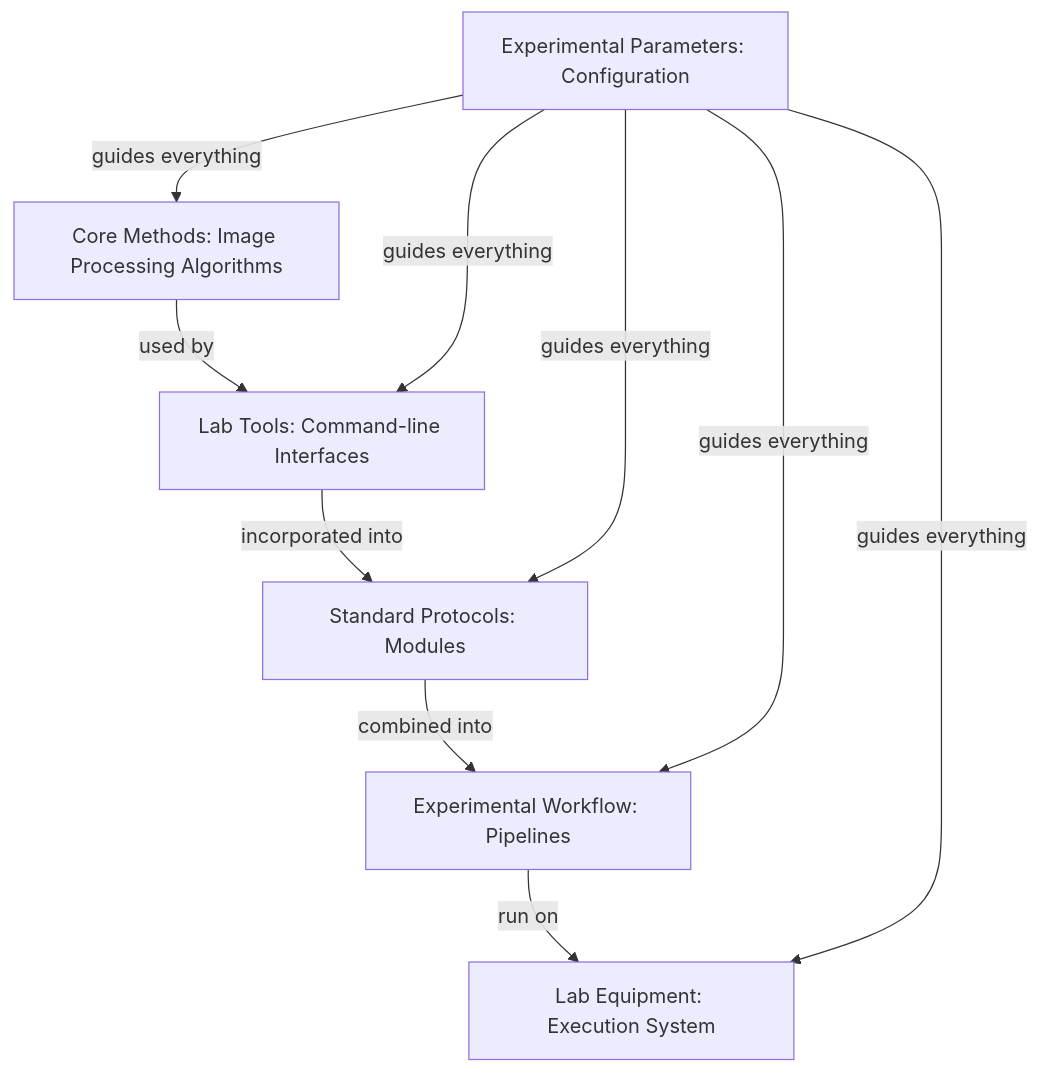
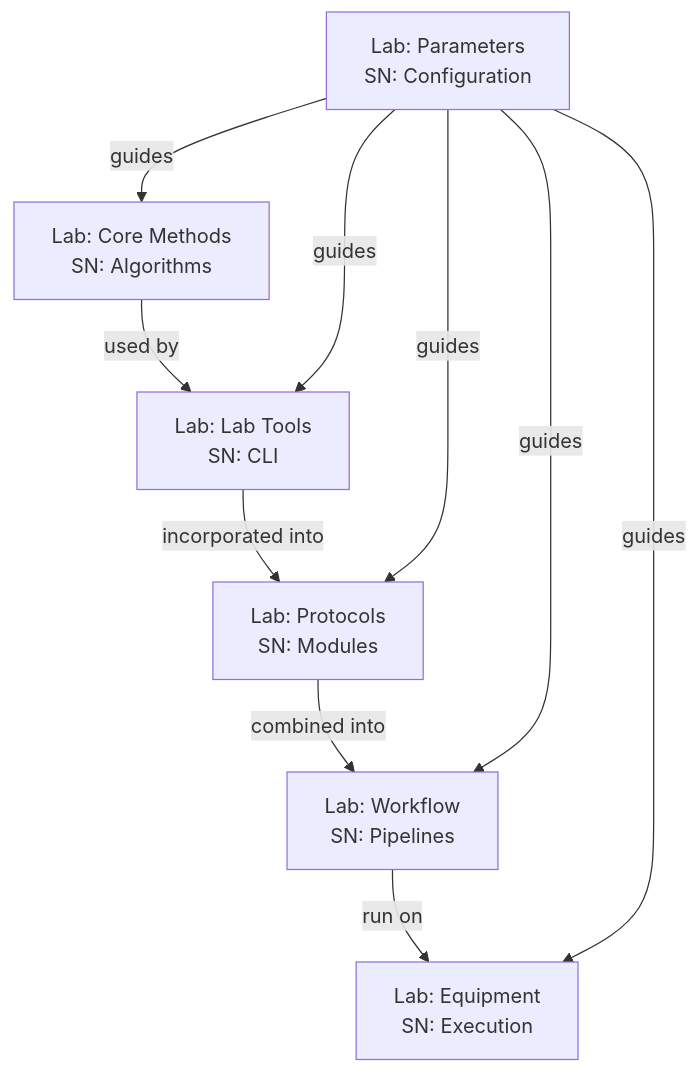
The diagram in docs/architecture/07_architecture_for_biologists.md (broadinstitute/starrynight), drawn with Mermaid before and after one commit. The commit also changed other lines of this file and 1 other file, not shown here.

First line of the commit message:
docs: improve architecture for biologists documentation per #114

````diff
--- a/docs/architecture/07_architecture_for_biologists.md
+++ b/docs/architecture/07_architecture_for_biologists.md
@@ -40,12 +40,12 @@
 ```mermaid
 flowchart TD
-    A[Core Methods: Image Processing Algorithms] -->|used by| F[Lab Tools: Command-line Interfaces]
-    F -->|incorporated into| B[Standard Protocols: Modules]
-    B -->|combined into| C[Experimental Workflow: Pipelines]
-    C -->|run on| D[Lab Equipment: Execution System]
-    E[Experimental Parameters: Configuration] -->|guides everything| A
-    E -->|guides everything| F
-    E -->|guides everything| B
-    E -->|guides everything| C
-    E -->|guides everything| D
+    A["Lab: Core Methods<br/>SN: Algorithms"] -->|used by| F["Lab: Lab Tools<br/>SN: CLI"]
+    F -->|incorporated into| B["Lab: Protocols<br/>SN: Modules"]
+    B -->|combined into| C["Lab: Workflow<br/>SN: Pipelines"]
+    C -->|run on| D["Lab: Equipment<br/>SN: Execution"]
+    E["Lab: Parameters<br/>SN: Configuration"] -->|guides| A
+    E -->|guides| F
+    E -->|guides| B
+    E -->|guides| C
+    E -->|guides| D
 ```
````
